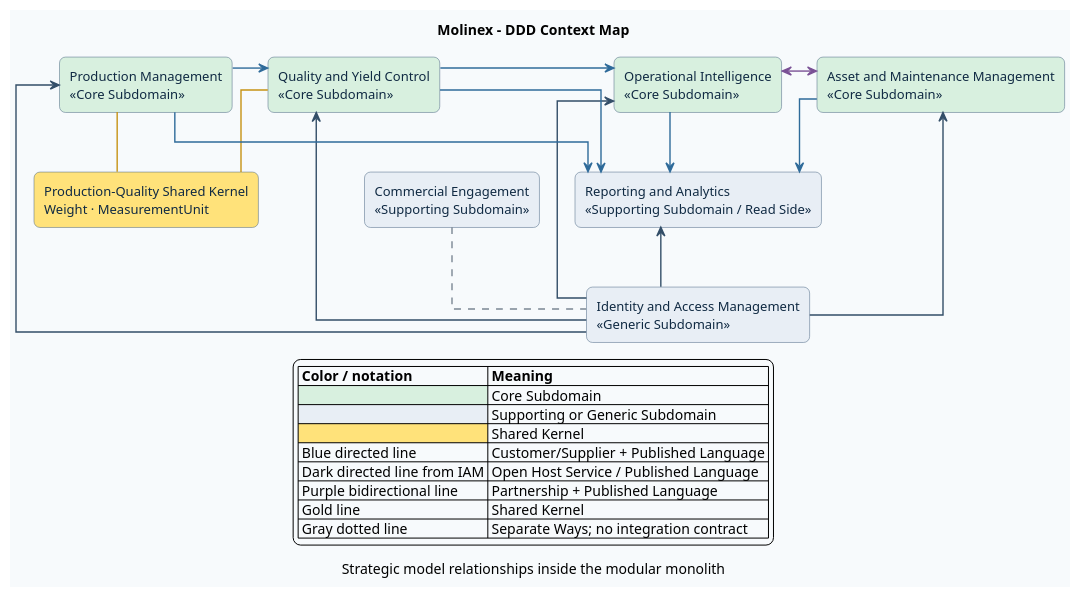
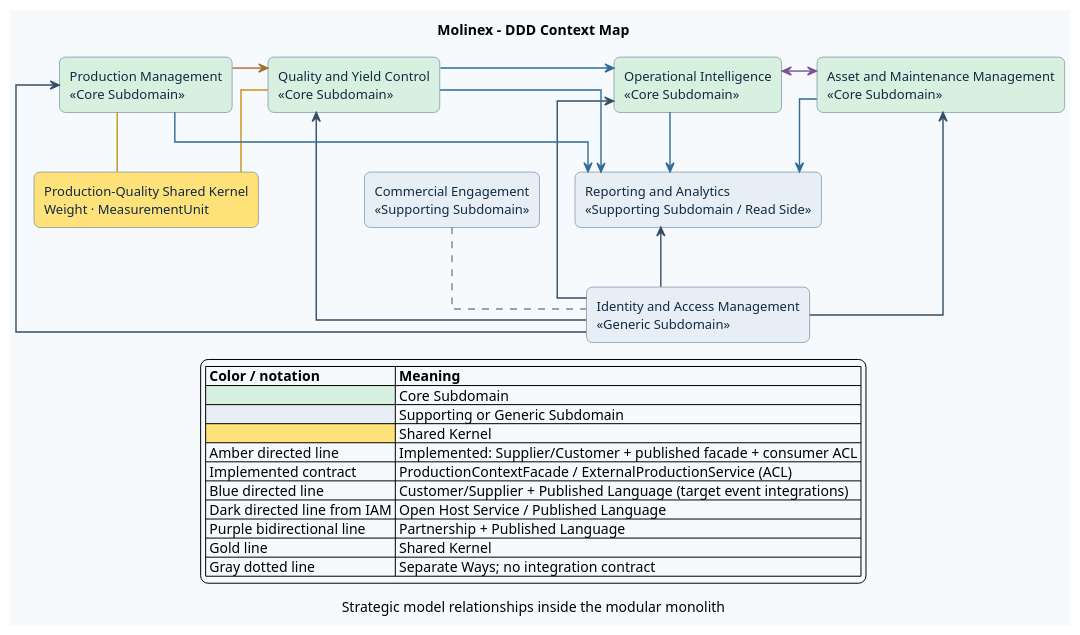
The diagram in assets/Images Chapter 4/Domain-Driven Software Architecture/context-map.puml (Vanguard-open-source/molinex-report), drawn with PlantUML before and after one commit. The commit also changed 14 other files, not shown here.

Commit message:
docs(architecture): align diagrams with implemented production-quality ACL

```diff
--- a/assets/Images Chapter 4/Domain-Driven Software Architecture/context-map.puml
+++ b/assets/Images Chapter 4/Domain-Driven Software Architecture/context-map.puml
@@ -1,77 +1,79 @@
 @startuml
 skinparam backgroundColor #F7FAFC
 skinparam defaultFontName Arial
 skinparam defaultFontSize 13
 skinparam shadowing false
 skinparam linetype ortho
 skinparam ArrowColor #334E68
 skinparam ArrowThickness 1.4
 skinparam RectangleBorderColor #486581
 skinparam RectangleFontColor #102A43
 skinparam rectangle {
   RoundCorner 12
   Padding 12
 }
 
 title Molinex - DDD Context Map
 caption Strategic model relationships inside the modular monolith
 
 top to bottom direction
 
 rectangle "Production Management\n<<Core Subdomain>>" as production #D8F0DF
 rectangle "Quality and Yield Control\n<<Core Subdomain>>" as quality #D8F0DF
 rectangle "Operational Intelligence\n<<Core Subdomain>>" as intelligence #D8F0DF
 rectangle "Asset and Maintenance Management\n<<Core Subdomain>>" as maintenance #D8F0DF
 
 rectangle "Production-Quality Shared Kernel\nWeight · MeasurementUnit" as shared_kernel #FFE27A
 rectangle "Commercial Engagement\n<<Supporting Subdomain>>" as commercial #E8EEF5
 rectangle "Reporting and Analytics\n<<Supporting Subdomain / Read Side>>" as reporting #E8EEF5
 rectangle "Identity and Access Management\n<<Generic Subdomain>>" as iam #E8EEF5
 
 ' Core collaboration: upstream to downstream.
-production -[#2F6B9A]right-> quality
+production -[#A66D29]right-> quality
 quality -[#2F6B9A]right-> intelligence
 intelligence <-[#7A5195]right-> maintenance
 
 ' Deliberately small Shared Kernel owned only by Production and Quality.
 production -[#C69214]down- shared_kernel
 quality -[#C69214]down- shared_kernel
 
 ' IAM publishes one authorization contract to every consuming context.
 iam -[#334E68]up-> production
 iam -[#334E68]up-> quality
 iam -[#334E68]up-> intelligence
 iam -[#334E68]up-> maintenance
 iam -[#334E68]up-> reporting
 
 ' Reporting consumes published events and builds independent projections.
 production -[#2F6B9A]down-> reporting
 quality -[#2F6B9A]down-> reporting
 intelligence -[#2F6B9A]down-> reporting
 maintenance -[#2F6B9A]down-> reporting
 
 ' Commercial onboarding is intentionally independent from IAM.
 commercial .[#7B8794]down. iam
 
 ' Stable reading order: supporting/generic, core, shared/read side.
 production -[hidden]right-> quality
 quality -[hidden]right-> intelligence
 intelligence -[hidden]right-> maintenance
 shared_kernel -[hidden]right-> commercial
 commercial -[hidden]right-> reporting
 quality -[hidden]down-> shared_kernel
 intelligence -[hidden]down-> reporting
 reporting -[hidden]down-> iam
 
 legend bottom
 |= Color / notation |= Meaning |
 |<#D8F0DF>| Core Subdomain |
 |<#E8EEF5>| Supporting or Generic Subdomain |
 |<#FFE27A>| Shared Kernel |
-| Blue directed line | Customer/Supplier + Published Language |
+| Amber directed line | Implemented: Supplier/Customer + published facade + consumer ACL |
+| Implemented contract | ProductionContextFacade / ExternalProductionService (ACL) |
+| Blue directed line | Customer/Supplier + Published Language (target event integrations) |
 | Dark directed line from IAM | Open Host Service / Published Language |
 | Purple bidirectional line | Partnership + Published Language |
 | Gold line | Shared Kernel |
 | Gray dotted line | Separate Ways; no integration contract |
 endlegend
 @enduml
```
